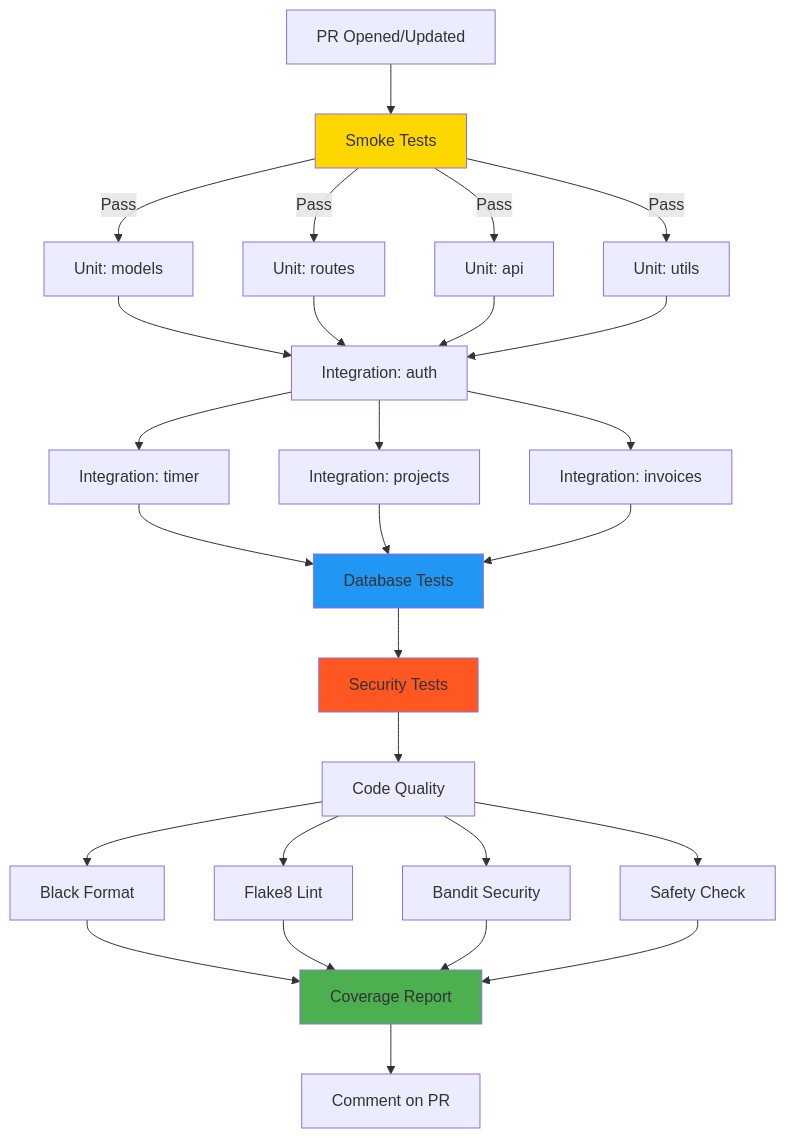
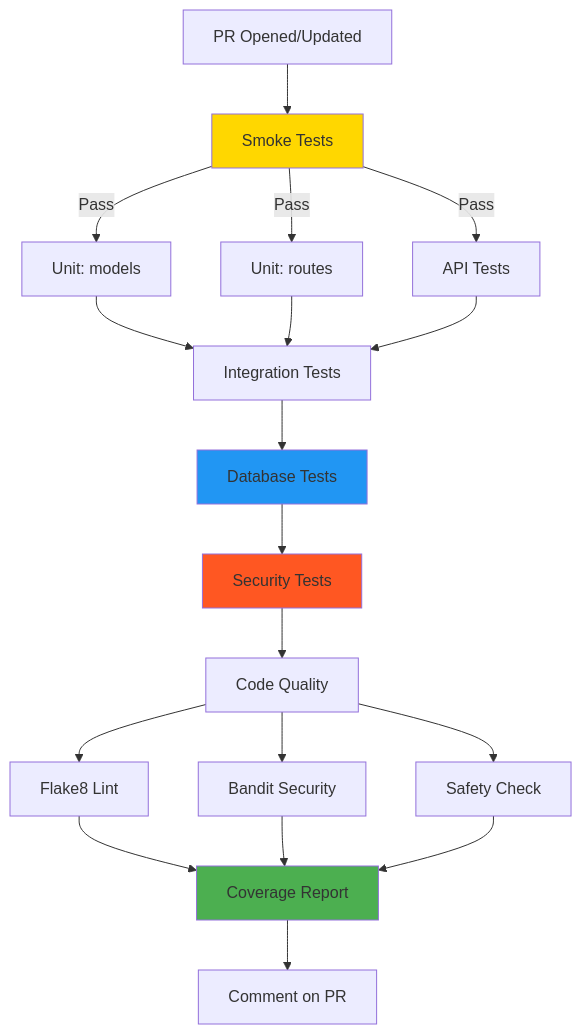
Before and after one commit to Proximate-Company/DRYTRIX-TimeTracker: the fourth of 7 diagrams in CI_CD_WORKFLOW_ARCHITECTURE.md, drawn with Mermaid. The commit also changed other lines of this file and 11 other files, not shown here.

````diff
--- a/CI_CD_WORKFLOW_ARCHITECTURE.md
+++ b/CI_CD_WORKFLOW_ARCHITECTURE.md
@@ -273,42 +273,32 @@
 ```mermaid
 graph TD
     A[PR Opened/Updated] --> B[Smoke Tests]
     
     B -->|Pass| C1[Unit: models]
     B -->|Pass| C2[Unit: routes]
-    B -->|Pass| C3[Unit: api]
-    B -->|Pass| C4[Unit: utils]
+    B -->|Pass| C3[API Tests]
     
-    C1 --> D1[Integration: auth]
+    C1 --> D1[Integration Tests]
     C2 --> D1
     C3 --> D1
-    C4 --> D1
     
-    D1 --> D2[Integration: timer]
-    D1 --> D3[Integration: projects]
-    D1 --> D4[Integration: invoices]
-    
-    D2 --> E[Database Tests]
-    D3 --> E
-    D4 --> E
+    D1 --> E[Database Tests]
     
     E --> F[Security Tests]
     F --> G[Code Quality]
     
-    G --> H1[Black Format]
-    G --> H2[Flake8 Lint]
-    G --> H3[Bandit Security]
-    G --> H4[Safety Check]
+    G --> H1[Flake8 Lint]
+    G --> H2[Bandit Security]
+    G --> H3[Safety Check]
     
     H1 --> I[Coverage Report]
     H2 --> I
     H3 --> I
-    H4 --> I
     
     I --> J[Comment on PR]
     
     style B fill:#ffd700
     style E fill:#2196F3
     style F fill:#ff5722
     style I fill:#4CAF50
 ```
````
